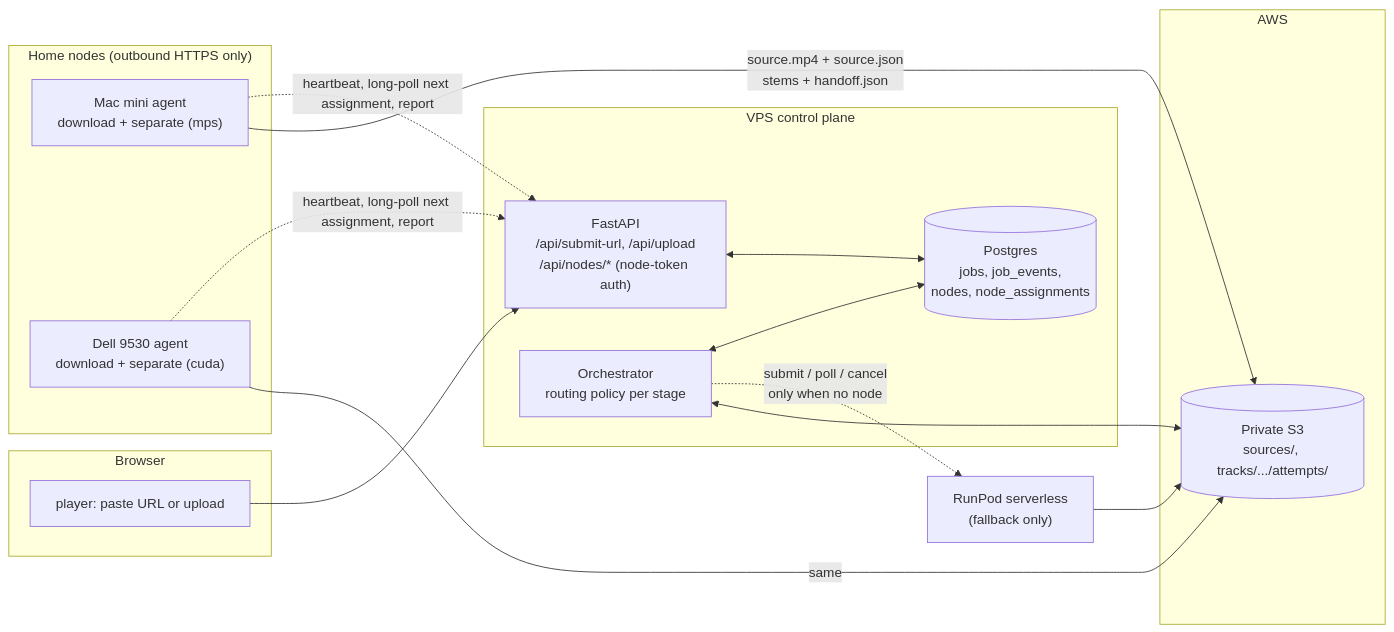
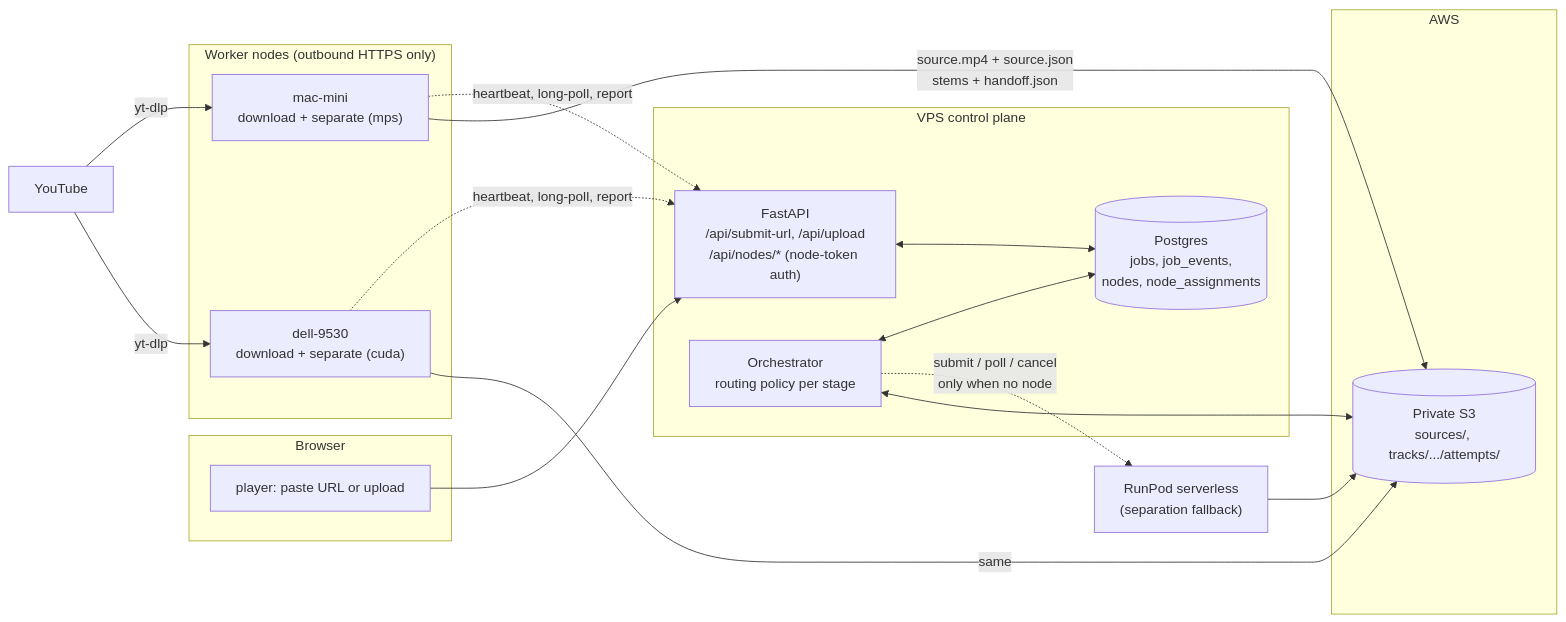
Before and after one commit to mdc159/shizzle: the diagram in docs/WORKER-NODES.md, drawn with Mermaid. The commit also changed other lines of this file and 11 other files, not shown here.

First line of the commit message:
Docs: current state with both worker nodes live; README system diagrams

````diff
--- a/docs/WORKER-NODES.md
+++ b/docs/WORKER-NODES.md
@@ -138,29 +56,32 @@
 ```mermaid
 flowchart LR
     subgraph Browser
         UI["player: paste URL or upload"]
     end
     subgraph VPS["VPS control plane"]
-        API["FastAPI\n/api/submit-url, /api/upload\n/api/nodes/* (node-token auth)"]
-        DB[("Postgres\njobs, job_events,\nnodes, node_assignments")]
-        ORC["Orchestrator\nrouting policy per stage"]
+        API["FastAPI<br/>/api/submit-url, /api/upload<br/>/api/nodes/* (node-token auth)"]
+        DB[("Postgres<br/>jobs, job_events,<br/>nodes, node_assignments")]
+        ORC["Orchestrator<br/>routing policy per stage"]
     end
-    subgraph Nodes["Home nodes (outbound HTTPS only)"]
-        MAC["Mac mini agent\ndownload + separate (mps)"]
-        DELL["Dell 9530 agent\ndownload + separate (cuda)"]
+    subgraph Nodes["Worker nodes (outbound HTTPS only)"]
+        MAC["mac-mini<br/>download + separate (mps)"]
+        DELL["dell-9530<br/>download + separate (cuda)"]
     end
+    YT["YouTube"]
     subgraph AWS
-        S3[("Private S3\nsources/, tracks/.../attempts/")]
+        S3[("Private S3<br/>sources/, tracks/.../attempts/")]
     end
-    RP["RunPod serverless\n(fallback only)"]
+    RP["RunPod serverless<br/>(separation fallback)"]
     UI --> API
     API <--> DB
     ORC <--> DB
-    MAC -.->|"heartbeat, long-poll next assignment, report"| API
-    DELL -.->|"heartbeat, long-poll next assignment, report"| API
-    MAC -->|"source.mp4 + source.json\nstems + handoff.json"| S3
+    MAC -.->|"heartbeat, long-poll, report"| API
+    DELL -.->|"heartbeat, long-poll, report"| API
+    YT -->|"yt-dlp"| MAC
+    YT -->|"yt-dlp"| DELL
+    MAC -->|"source.mp4 + source.json<br/>stems + handoff.json"| S3
     DELL -->|"same"| S3
-    ORC -.->|"submit / poll / cancel\nonly when no node"| RP
+    ORC -.->|"submit / poll / cancel<br/>only when no node"| RP
     RP --> S3
     ORC <--> S3
 ```
````
